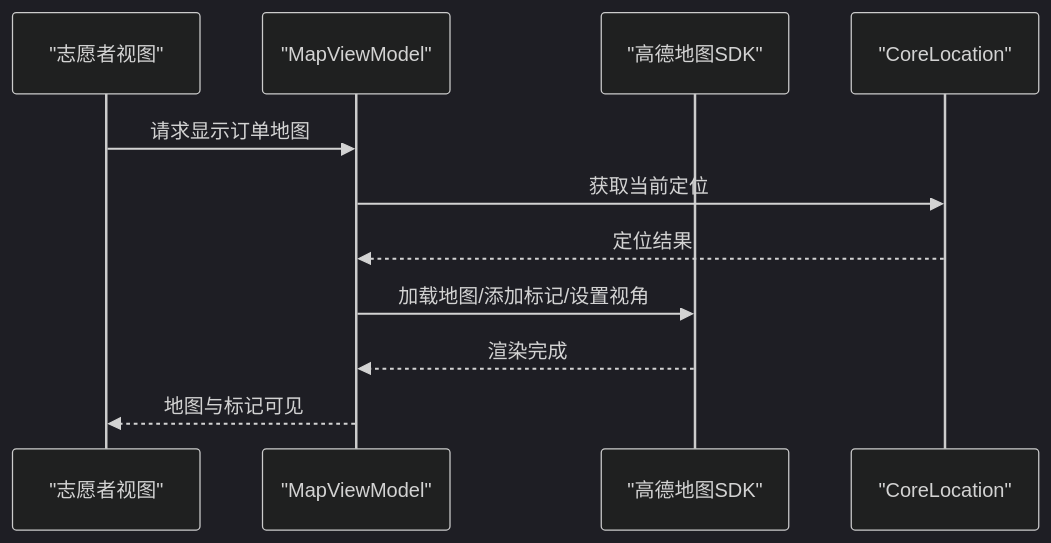
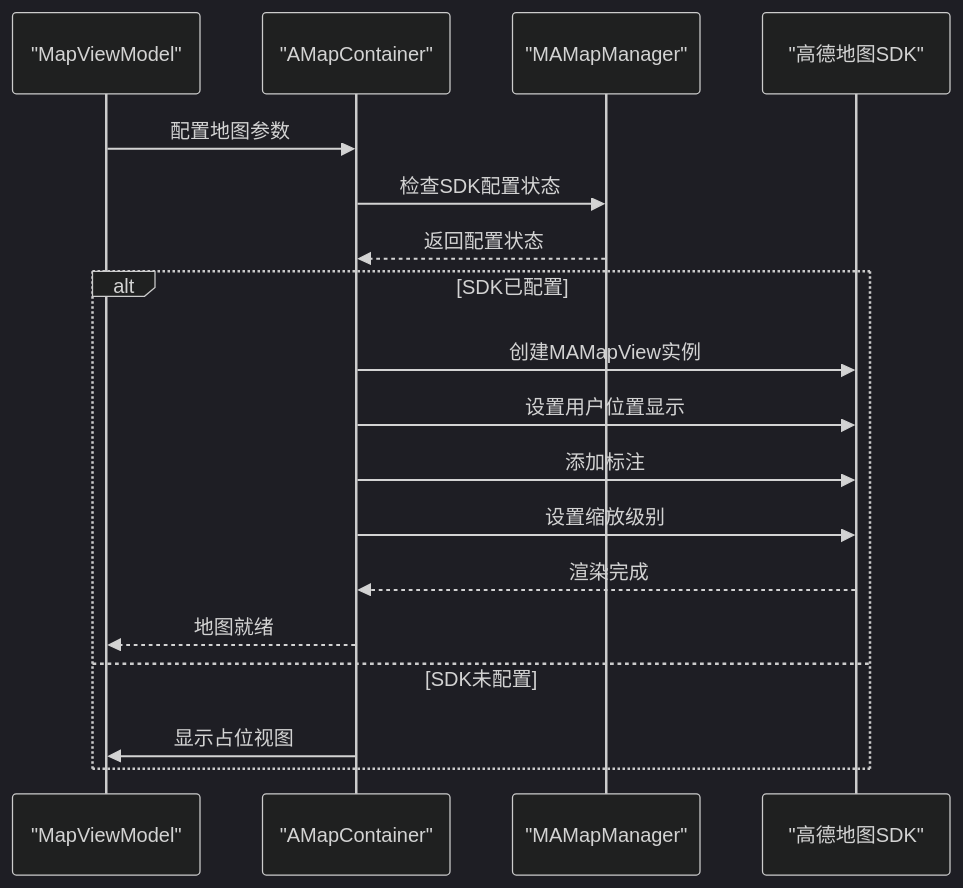
The third of 5 diagrams in .qoder/repowiki/zh/content/核心功能模块/地图与定位服务.md (Jayden23018/blind-run-ios), drawn with Mermaid (dark theme) before and after one commit. The commit also changed other lines of this file and 55 other files, not shown here.

````diff
--- a/.qoder/repowiki/zh/content/核心功能模块/地图与定位服务.md
+++ b/.qoder/repowiki/zh/content/核心功能模块/地图与定位服务.md
@@ -165,13 +187,20 @@
 ```mermaid
 sequenceDiagram
-participant V as "志愿者视图"
 participant VM as "MapViewModel"
-participant A as "高德地图SDK"
-participant CL as "CoreLocation"
-V->>VM : 请求显示订单地图
-VM->>CL : 获取当前定位
-CL-->>VM : 定位结果
-VM->>A : 加载地图/添加标记/设置视角
-A-->>VM : 渲染完成
-VM-->>V : 地图与标记可见
+participant AC as "AMapContainer"
+participant MM as "MAMapManager"
+participant AMap as "高德地图SDK"
+VM->>AC : 配置地图参数
+AC->>MM : 检查SDK配置状态
+MM-->>AC : 返回配置状态
+alt SDK已配置
+AC->>AMap : 创建MAMapView实例
+AC->>AMap : 设置用户位置显示
+AC->>AMap : 添加标注
+AC->>AMap : 设置缩放级别
+AMap-->>AC : 渲染完成
+AC-->>VM : 地图就绪
+else SDK未配置
+AC->>VM : 显示占位视图
+end
 ```
````
